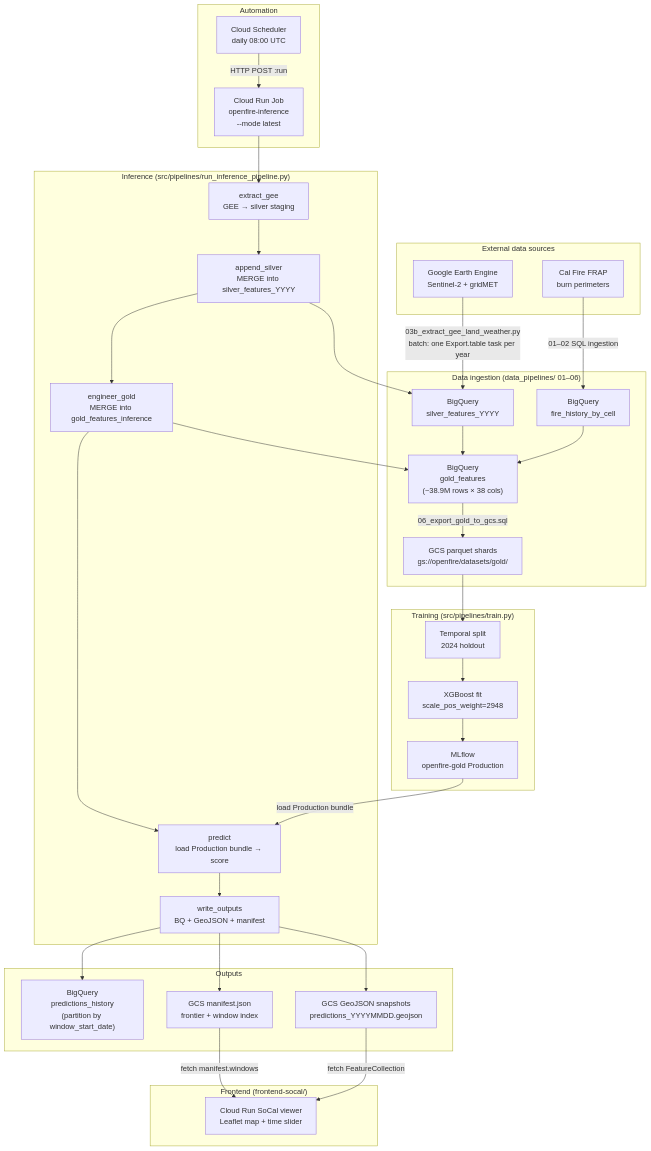
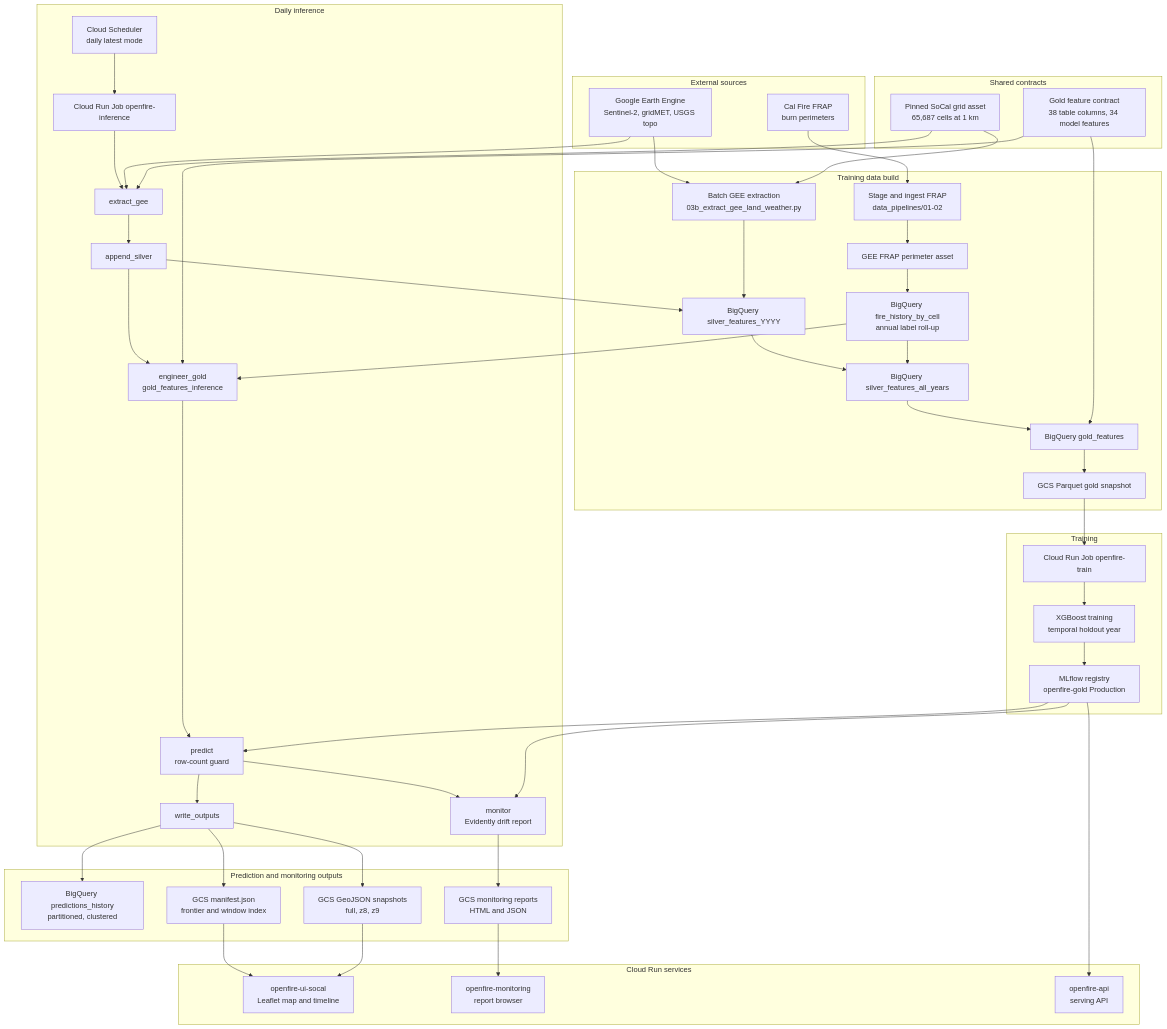
Before and after one commit to tkovalcik/openfire: the diagram in docs/ARCHITECTURE.md, drawn with Mermaid. The commit also changed other lines of this file, not shown here.

Commit message:
Update architecture docs for current pipeline

````diff
--- a/docs/ARCHITECTURE.md
+++ b/docs/ARCHITECTURE.md
@@ -9,63 +10,84 @@
 ```mermaid
 flowchart TD
-    subgraph Sources["External data sources"]
-        GEE["Google Earth Engine\nSentinel-2 + gridMET"]
-        FRAP["Cal Fire FRAP\nburn perimeters"]
+    subgraph Sources["External sources"]
+        gee["Google Earth Engine<br/>Sentinel-2, gridMET, USGS topo"]
+        frap["Cal Fire FRAP<br/>burn perimeters"]
     end
 
-    subgraph Ingest["Data ingestion  (data_pipelines/ 01–06)"]
-        silver["BigQuery\nsilver_features_YYYY"]
-        fire["BigQuery\nfire_history_by_cell"]
-        gold_bq["BigQuery\ngold_features\n(~38.9M rows × 38 cols)"]
-        gold_gcs["GCS parquet shards\ngs://openfire/datasets/gold/"]
+    subgraph Shared["Shared contracts"]
+        grid["Pinned SoCal grid asset<br/>65,687 cells at 1 km"]
+        feature_contract["Gold feature contract<br/>38 table columns, 34 model features"]
     end
 
-    subgraph Train["Training  (src/pipelines/train.py)"]
-        split["Temporal split\n2024 holdout"]
-        xgb["XGBoost fit\nscale_pos_weight=2948"]
-        mlflow["MLflow\nopenfire-gold Production"]
+    subgraph TrainingData["Training data build"]
+        frap_stage["Stage and ingest FRAP<br/>data_pipelines/01-02"]
+        fire_asset["GEE FRAP perimeter asset"]
+        train_extract["Batch GEE extraction<br/>03b_extract_gee_land_weather.py"]
+        silver_years["BigQuery silver_features_YYYY"]
+        fire_history["BigQuery fire_history_by_cell<br/>annual label roll-up"]
+        silver_all["BigQuery silver_features_all_years"]
+        gold_train["BigQuery gold_features"]
+        parquet["GCS Parquet gold snapshot"]
     end
 
-    subgraph Infer["Inference  (src/pipelines/run_inference_pipeline.py)"]
-        ext["extract_gee\nGEE → silver staging"]
-        app["append_silver\nMERGE into silver_features_YYYY"]
-        eng["engineer_gold\nMERGE into gold_features_inference"]
-        pred["predict\nload Production bundle → score"]
-        out["write_outputs\nBQ + GeoJSON + manifest"]
+    subgraph Training["Training"]
+        train_job["Cloud Run Job openfire-train"]
+        xgb["XGBoost training<br/>temporal holdout year"]
+        registry["MLflow registry<br/>openfire-gold Production"]
     end
 
-    subgraph Outputs["Outputs"]
-        bq_pred["BigQuery\npredictions_history\n(partition by window_start_date)"]
-        geojson["GCS GeoJSON snapshots\npredictions_YYYYMMDD.geojson"]
-        manifest["GCS manifest.json\nfrontier + window index"]
+    subgraph Inference["Daily inference"]
+        scheduler["Cloud Scheduler<br/>daily latest mode"]
+        infer_job["Cloud Run Job openfire-inference"]
+        infer_extract["extract_gee"]
+        append_silver["append_silver"]
+        infer_gold["engineer_gold<br/>gold_features_inference"]
+        predict["predict<br/>row-count guard"]
+        writer["write_outputs"]
+        monitor["monitor<br/>Evidently drift report"]
     end
 
-    subgraph Frontend["Frontend  (frontend-socal/)"]
-        ui["Cloud Run SoCal viewer\nLeaflet map + time slider"]
+    subgraph Outputs["Prediction and monitoring outputs"]
+        pred_bq["BigQuery predictions_history<br/>partitioned, clustered"]
+        snapshots["GCS GeoJSON snapshots<br/>full, z8, z9"]
+        manifest["GCS manifest.json<br/>frontier and window index"]
+        monitor_gcs["GCS monitoring reports<br/>HTML and JSON"]
     end
 
-    subgraph Scheduler["Automation"]
-        sched["Cloud Scheduler\ndaily 08:00 UTC"]
-        crj["Cloud Run Job\nopenfire-inference\n--mode latest"]
+    subgraph Apps["Cloud Run services"]
+        socal_ui["openfire-ui-socal<br/>Leaflet map and timeline"]
+        monitoring_ui["openfire-monitoring<br/>report browser"]
+        api["openfire-api<br/>serving API"]
     end
 
-    GEE -->|"03b_extract_gee_land_weather.py\nbatch: one Export.table task per year"| silver
-    FRAP -->|"01–02 SQL ingestion"| fire
-    silver --> gold_bq
-    fire --> gold_bq
-    gold_bq -->|"06_export_gold_to_gcs.sql"| gold_gcs
+    frap --> frap_stage --> fire_asset --> fire_history
+    gee --> train_extract
+    grid --> train_extract
+    train_extract --> silver_years
+    silver_years --> silver_all
+    fire_history --> silver_all
+    silver_all --> gold_train
+    feature_contract --> gold_train
+    gold_train --> parquet
+    parquet --> train_job --> xgb --> registry
 
-    gold_gcs --> split --> xgb --> mlflow
+    scheduler --> infer_job
+    infer_job --> infer_extract --> append_silver --> infer_gold --> predict --> writer
+    gee --> infer_extract
+    grid --> infer_extract
+    append_silver --> silver_years
+    fire_history --> infer_gold
+    feature_contract --> infer_gold
+    registry --> predict
+    predict --> monitor
+    registry --> monitor
+    registry --> api
 
-    sched -->|"HTTP POST :run"| crj
-    crj --> ext --> app --> eng --> pred --> out
-    mlflow -->|"load Production bundle"| pred
-    app --> silver
-    eng --> gold_bq
-
-    out --> bq_pred
-    out --> geojson
-    out --> manifest
-    manifest -->|"fetch manifest.windows"| ui
-    geojson -->|"fetch FeatureCollection"| ui
+    writer --> pred_bq
+    writer --> snapshots
+    writer --> manifest
+    monitor --> monitor_gcs
+    manifest --> socal_ui
+    snapshots --> socal_ui
+    monitor_gcs --> monitoring_ui
 ```
````
